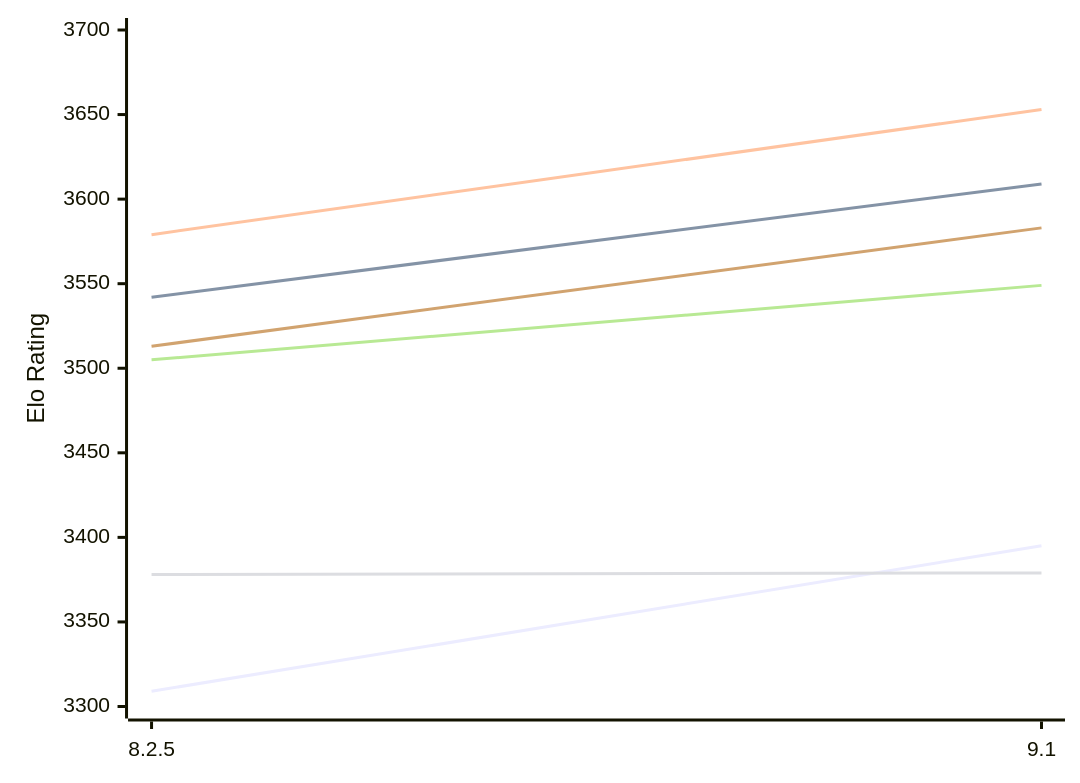
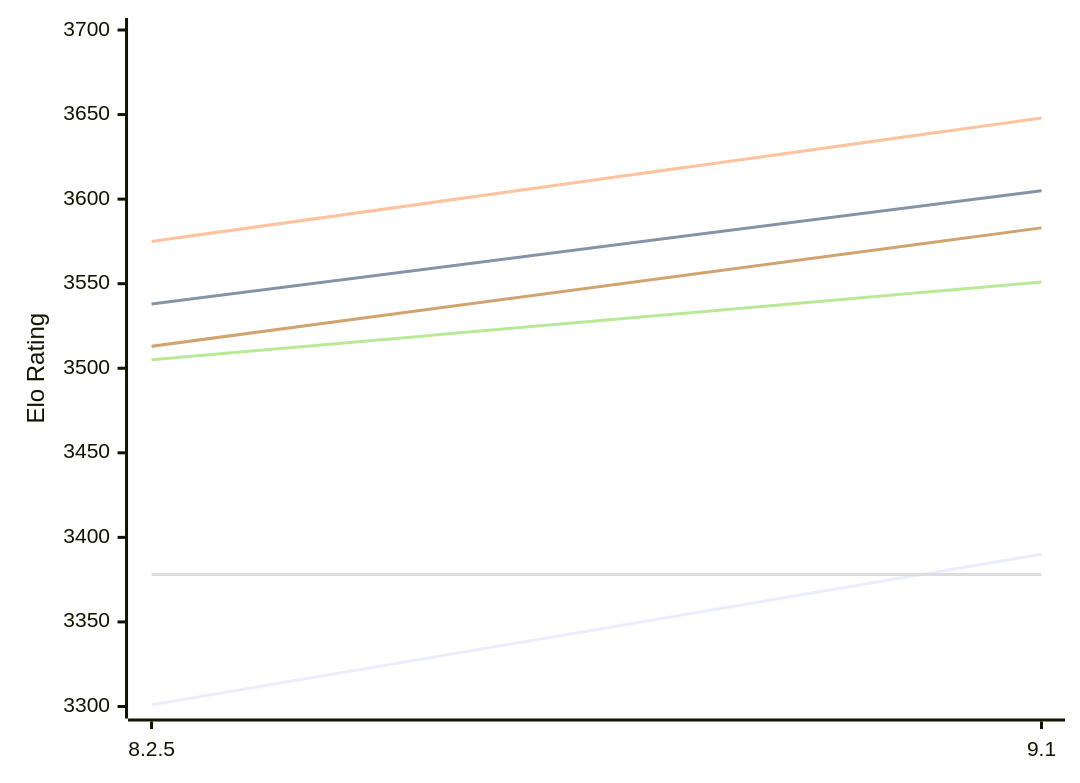
One commit to computer-chess-index/cci changed the first of 2 diagrams in engines/Clover.md. Above: the diagram before and after it, drawn with Mermaid. The commit also changed other lines of this file, not shown here.

Commit message:
Update CCI Ratings (ELO VLTC) - 2026-11-26

````diff
--- a/engines/Clover.md
+++ b/engines/Clover.md
@@ -52,12 +52,12 @@
 ```mermaid
 %%{init: {"theme":"base","themeVariables":{"seriesColors:['#a3a3a3','#222221','#faa371']}}}%%
 xychart-beta
   x-axis ["8.2.5", "9.1"]
   y-axis "Elo Rating" 3300 --> 3700
-  line "E1: STC (8.0+0.08s)" [3309, 3395]
-  line "E1: LTC (60.0+0.60s)" [3542, 3609]
-  line "E1: VLTC (2m24s+1.12s)" [3579, 3653]
-  line "P1: STC (8.0+0.08s)" [3378, 3379]
-  line "P1: LTC (60.0+0.60s)" [3505, 3549]
+  line "E1: STC (8.0+0.08s)" [3301, 3390]
+  line "E1: LTC (60.0+0.60s)" [3538, 3605]
+  line "E1: VLTC (2m24s+1.12s)" [3575, 3648]
+  line "P1: STC (8.0+0.08s)" [3378, 3378]
+  line "P1: LTC (60.0+0.60s)" [3505, 3551]
   line "P1: VLTC (2m24s+1.12s)" [3513, 3583]
 ```
````
